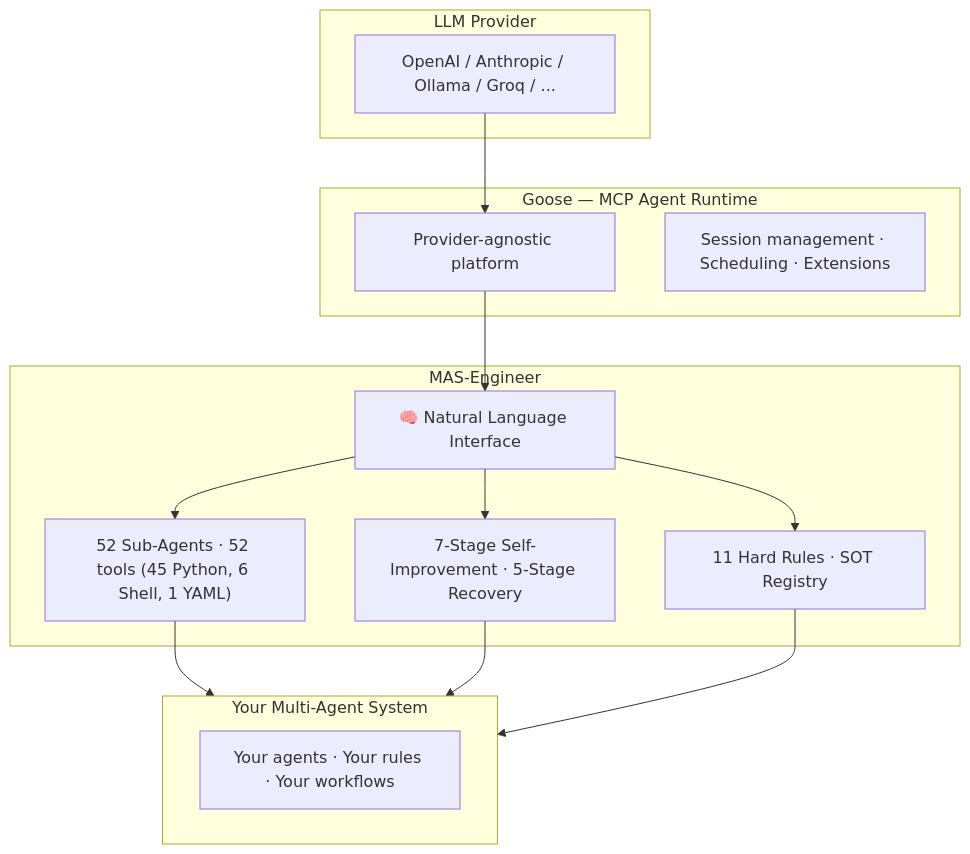
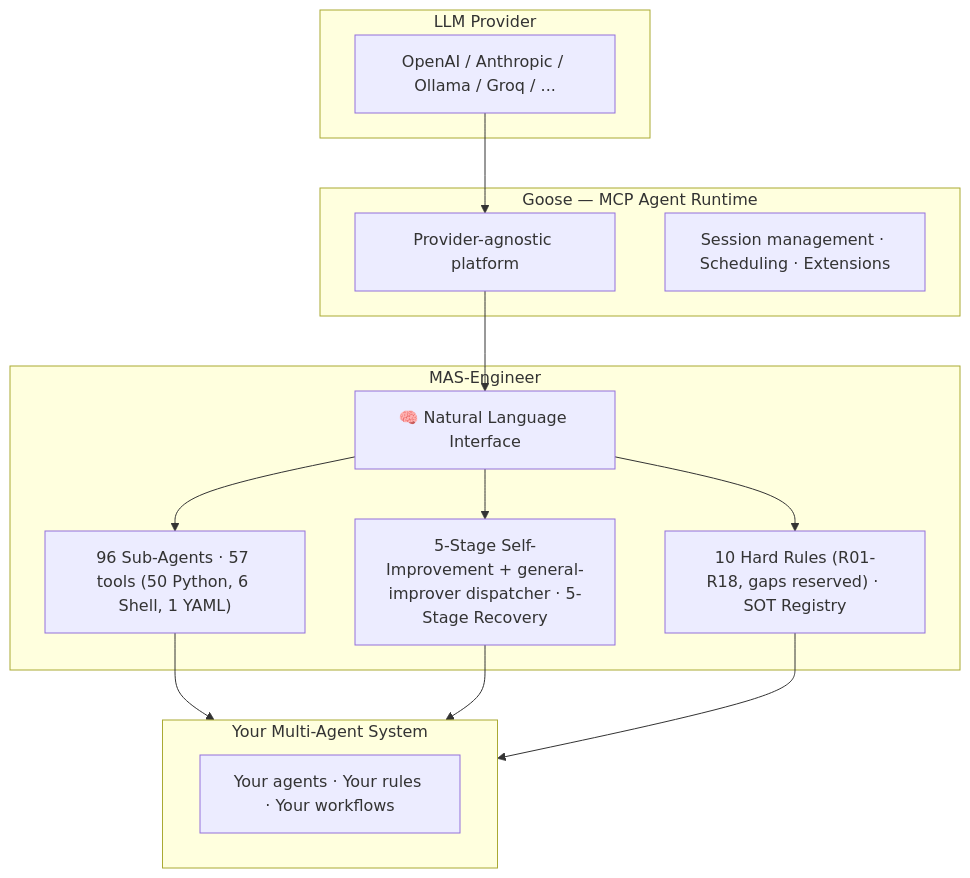
The third of 6 diagrams in README.md (mczardybon/mas-engineer), drawn with Mermaid before and after one commit. The commit also changed other lines of this file and 14 other files, not shown here.

````diff
--- a/README.md
+++ b/README.md
@@ -270,22 +290,22 @@
 ```mermaid
 flowchart TB
     subgraph LLM["LLM Provider"]
         L1["OpenAI / Anthropic / Ollama / Groq / ..."]
     end
     subgraph GOOSE["Goose — MCP Agent Runtime"]
         G1["Provider-agnostic platform"]
         G2["Session management · Scheduling · Extensions"]
     end
     subgraph ENGINEER["MAS-Engineer"]
         E1["🧠 Natural Language Interface"]
-        E2["52 Sub-Agents · 52 tools (45 Python, 6 Shell, 1 YAML)"]
-        E3["7-Stage Self-Improvement · 5-Stage Recovery"]
-        E4["11 Hard Rules · SOT Registry"]
+        E2["96 Sub-Agents · 57 tools (50 Python, 6 Shell, 1 YAML)"]
+        E3["5-Stage Self-Improvement + general-improver dispatcher · 5-Stage Recovery"]
+        E4["10 Hard Rules (R01-R18, gaps reserved) · SOT Registry"]
     end
     subgraph SYSTEM["Your Multi-Agent System"]
         S1["Your agents · Your rules · Your workflows"]
     end
     L1 --> G1 --> E1
     E1 --> E2 & E3 & E4
     E2 & E3 & E4 --> SYSTEM
 ```
````
